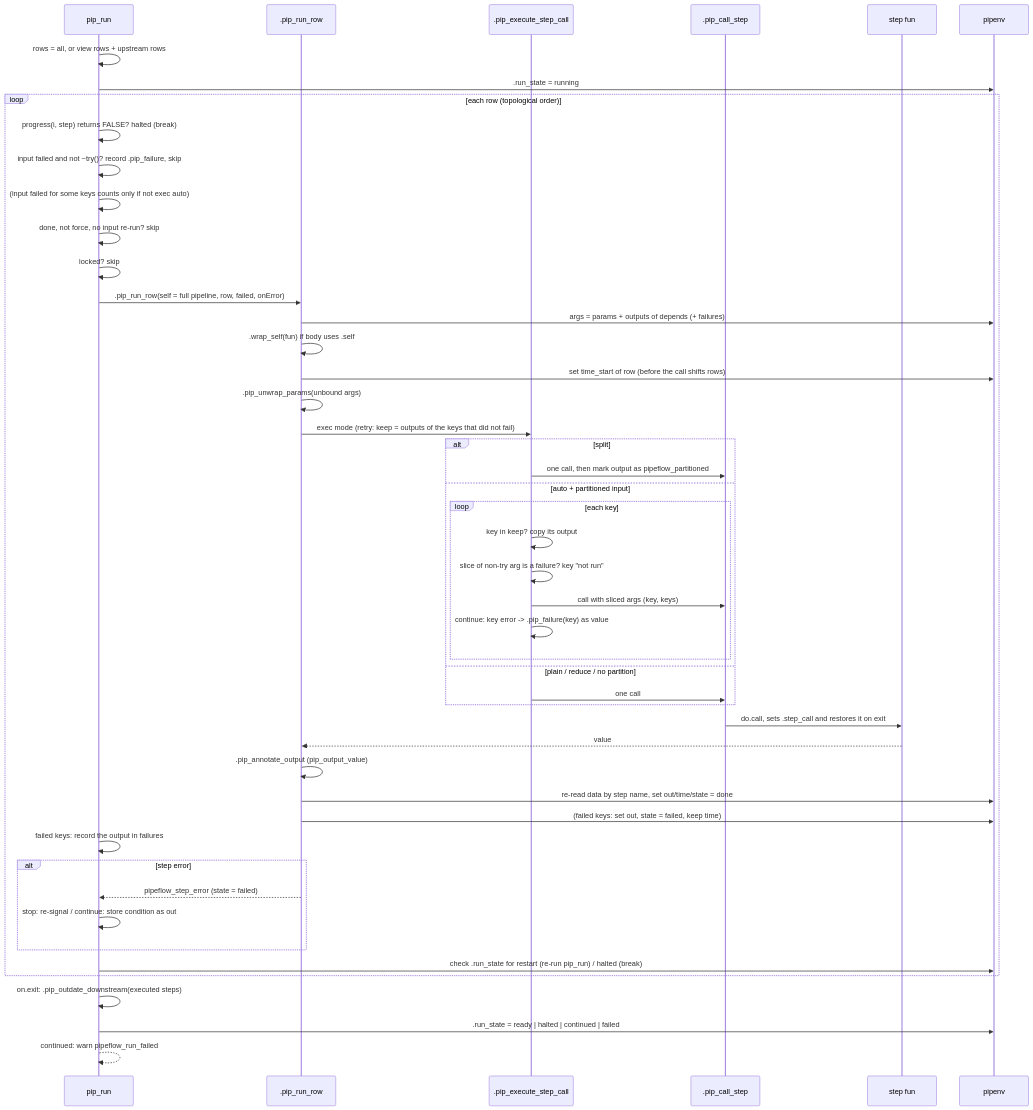
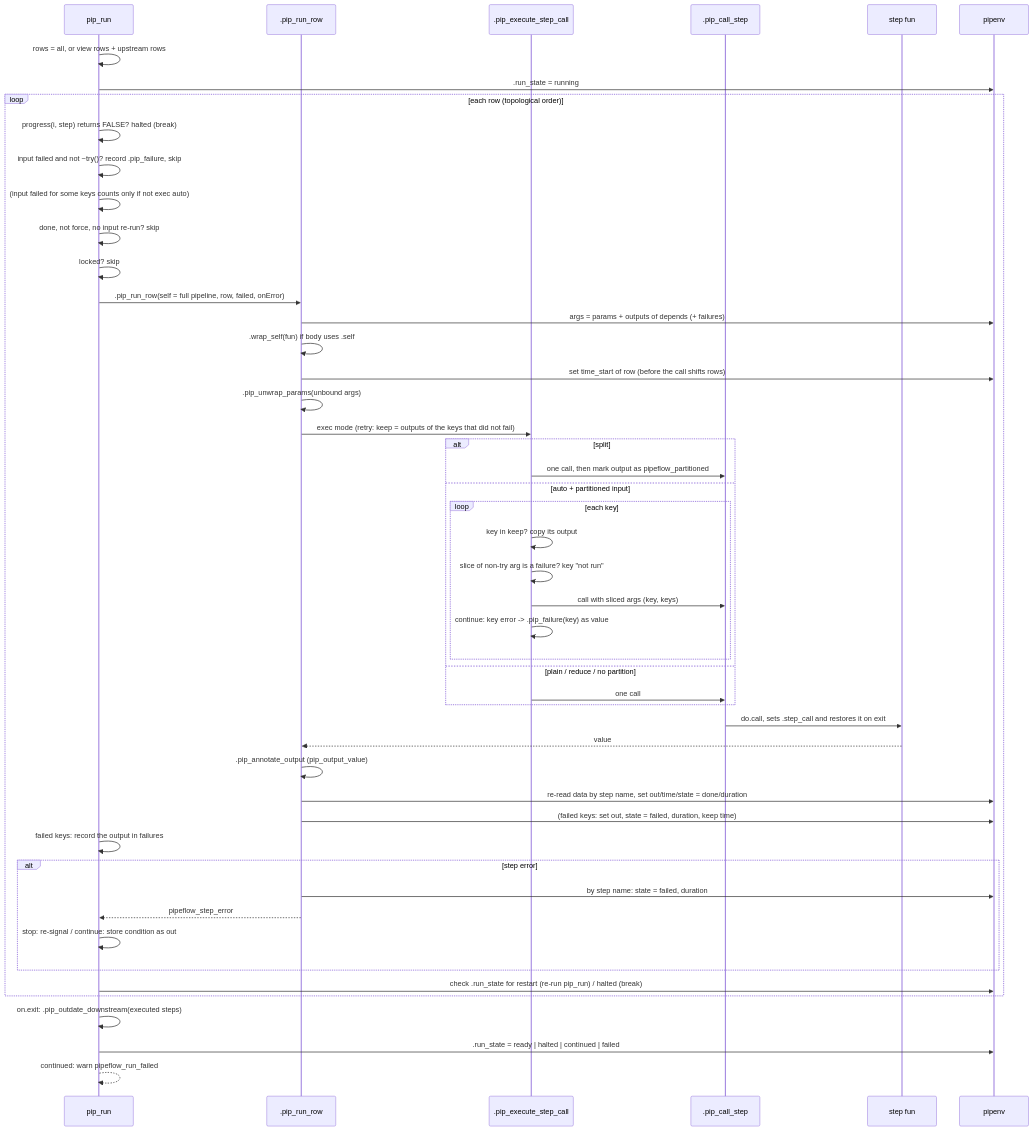
One commit to rpahl/pipeflow changed the sixth of 8 diagrams in dev/pipeflow.md. Above: the diagram before and after it, drawn with Mermaid. The commit also changed other lines of this file and 7 other files, not shown here.

Commit message:
feat: store the duration of each step run, also of failed runs

````diff
--- a/dev/pipeflow.md
+++ b/dev/pipeflow.md
@@ -356,51 +357,52 @@
 ```mermaid
 sequenceDiagram
     participant R as pip_run
     participant RR as .pip_run_row
     participant X as .pip_execute_step_call
     participant C as .pip_call_step
     participant F as step fun
     participant E as pipenv
 
     R->>R: rows = all, or view rows + upstream rows
     R->>E: .run_state = running
     loop each row (topological order)
         R->>R: progress(i, step) returns FALSE? halted (break)
         R->>R: input failed and not ~try()? record .pip_failure, skip
         R->>R: (input failed for some keys counts only if not exec auto)
         R->>R: done, not force, no input re-run? skip
         R->>R: locked? skip
         R->>RR: .pip_run_row(self = full pipeline, row, failed, onError)
         RR->>E: args = params + outputs of depends (+ failures)
         RR->>RR: .wrap_self(fun) if body uses .self
         RR->>E: set time_start of row (before the call shifts rows)
         RR->>RR: .pip_unwrap_params(unbound args)
         RR->>X: exec mode (retry: keep = outputs of the keys that did not fail)
         alt split
             X->>C: one call, then mark output as pipeflow_partitioned
         else auto + partitioned input
             loop each key
                 X->>X: key in keep? copy its output
                 X->>X: slice of non-try arg is a failure? key "not run"
                 X->>C: call with sliced args (key, keys)
                 X->>X: continue: key error -> .pip_failure(key) as value
             end
         else plain / reduce / no partition
             X->>C: one call
         end
         C->>F: do.call, sets .step_call and restores it on exit
         F-->>RR: value
         RR->>RR: .pip_annotate_output (pip_output_value)
-        RR->>E: re-read data by step name, set out/time/state = done
-        RR->>E: (failed keys: set out, state = failed, keep time)
+        RR->>E: re-read data by step name, set out/time/state = done/duration
+        RR->>E: (failed keys: set out, state = failed, duration, keep time)
         R->>R: failed keys: record the output in failures
         alt step error
-            RR-->>R: pipeflow_step_error (state = failed)
+            RR->>E: by step name: state = failed, duration
+            RR-->>R: pipeflow_step_error
             R->>R: stop: re-signal / continue: store condition as out
         end
         R->>E: check .run_state for restart (re-run pip_run) / halted (break)
     end
     R->>R: on.exit: .pip_outdate_downstream(executed steps)
     R->>E: .run_state = ready | halted | continued | failed
     R-->>R: continued: warn pipeflow_run_failed
 ```
````
